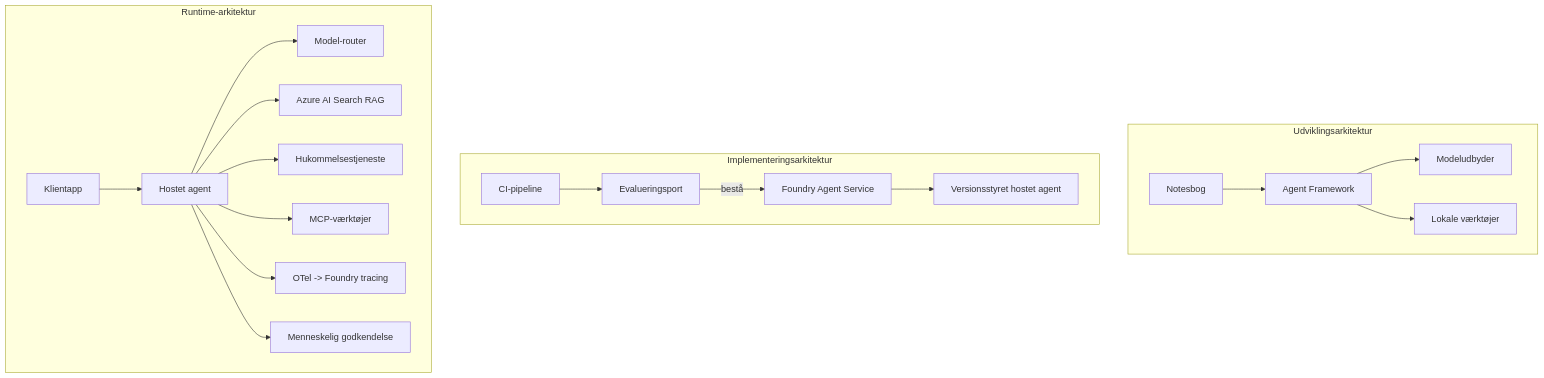
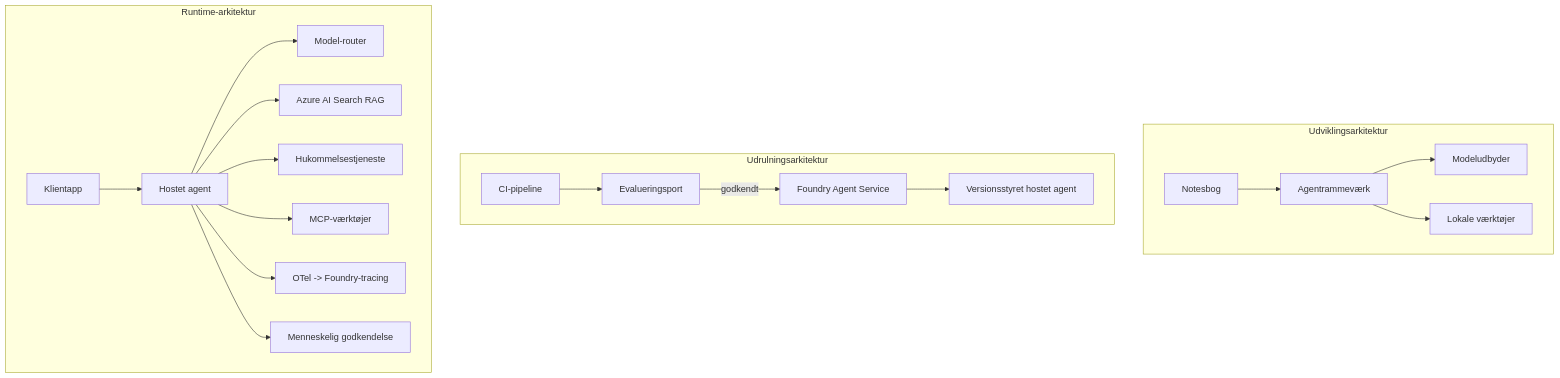
The fourth of 4 diagrams in mirrors/repos/microsoft@ai-agents-for-beginners/translations/da/16-deploying-scalable-agents/README.md (gabrielmoreira/agent-skills-mirror), drawn with Mermaid before and after one commit. The commit also changed other lines of this file and 4262 other files, not shown here.

````diff
--- a/mirrors/repos/microsoft@ai-agents-for-beginners/translations/da/16-deploying-scalable-agents/README.md
+++ b/mirrors/repos/microsoft@ai-agents-for-beginners/translations/da/16-deploying-scalable-agents/README.md
@@ -185,22 +185,22 @@
 ```mermaid
 flowchart TB
     subgraph Dev[Udviklingsarkitektur]
-        D1[Notesbog] --> D2[Agent Framework]
+        D1[Notesbog] --> D2[Agentrammeværk]
         D2 --> D3[Modeludbyder]
         D2 --> D4[Lokale værktøjer]
     end
-    subgraph Deploy[Implementeringsarkitektur]
+    subgraph Deploy[Udrulningsarkitektur]
         E1[CI-pipeline] --> E2[Evalueringsport]
-        E2 -->|bestå| E3[Foundry Agent Service]
+        E2 -->|godkendt| E3[Foundry Agent Service]
         E3 --> E4[Versionsstyret hostet agent]
     end
     subgraph Run[Runtime-arkitektur]
         F1[Klientapp] --> F2[Hostet agent]
         F2 --> F3[Model-router]
         F2 --> F4[Azure AI Search RAG]
         F2 --> F5[Hukommelsestjeneste]
         F2 --> F6[MCP-værktøjer]
-        F2 --> F7[OTel -> Foundry tracing]
+        F2 --> F7[OTel -> Foundry-tracing]
         F2 --> F8[Menneskelig godkendelse]
     end
 ```
````
